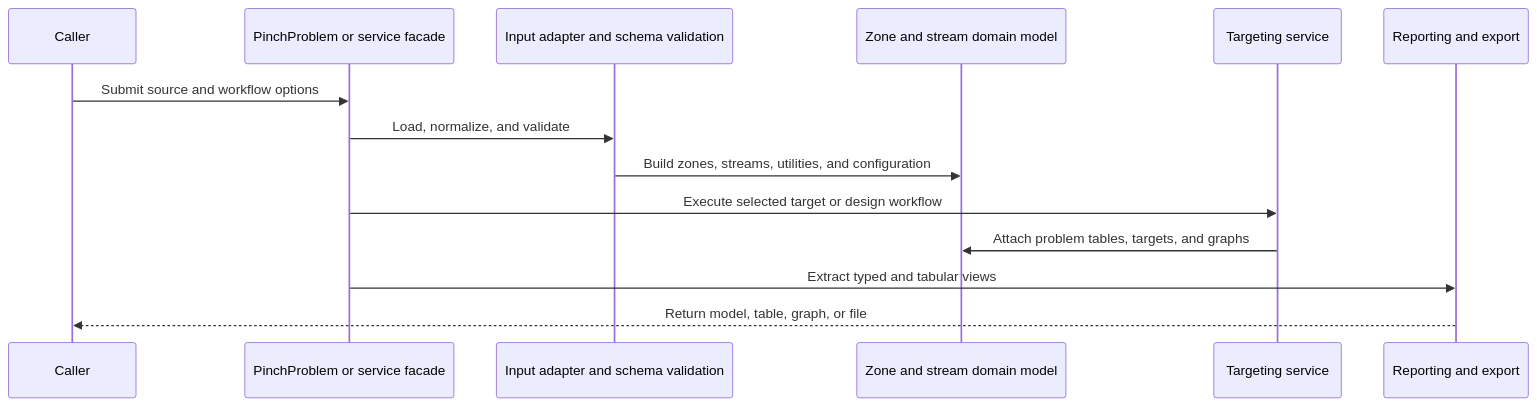
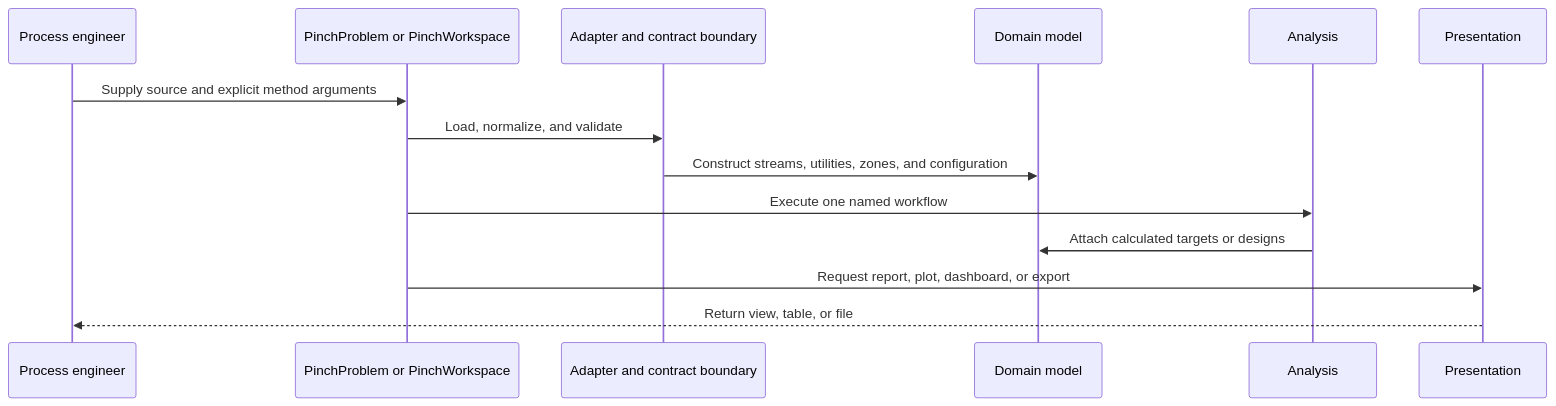
Before and after one commit to waikato-ahuora-smart-energy-systems/OpenPinch: the second of 2 diagrams in aidlc-docs/inception/reverse-engineering/architecture.md, drawn with Mermaid. The commit also changed other lines of this file and 50 other files, not shown here.

````diff
--- a/aidlc-docs/inception/reverse-engineering/architecture.md
+++ b/aidlc-docs/inception/reverse-engineering/architecture.md
@@ -96,16 +96,16 @@
 ```mermaid
 sequenceDiagram
-    participant Caller
-    participant Facade as PinchProblem or service facade
-    participant Adapter as Input adapter and schema validation
-    participant Domain as Zone and stream domain model
-    participant Analysis as Targeting service
-    participant Output as Reporting and export
-    Caller->>Facade: Submit source and workflow options
-    Facade->>Adapter: Load, normalize, and validate
-    Adapter->>Domain: Build zones, streams, utilities, and configuration
-    Facade->>Analysis: Execute selected target or design workflow
-    Analysis->>Domain: Attach problem tables, targets, and graphs
-    Facade->>Output: Extract typed and tabular views
-    Output-->>Caller: Return model, table, graph, or file
+    participant E as Process engineer
+    participant P as PinchProblem or PinchWorkspace
+    participant I as Adapter and contract boundary
+    participant D as Domain model
+    participant A as Analysis
+    participant R as Presentation
+    E->>P: Supply source and explicit method arguments
+    P->>I: Load, normalize, and validate
+    I->>D: Construct streams, utilities, zones, and configuration
+    P->>A: Execute one named workflow
+    A->>D: Attach calculated targets or designs
+    P->>R: Request report, plot, dashboard, or export
+    R-->>E: Return view, table, or file
 ```
````
